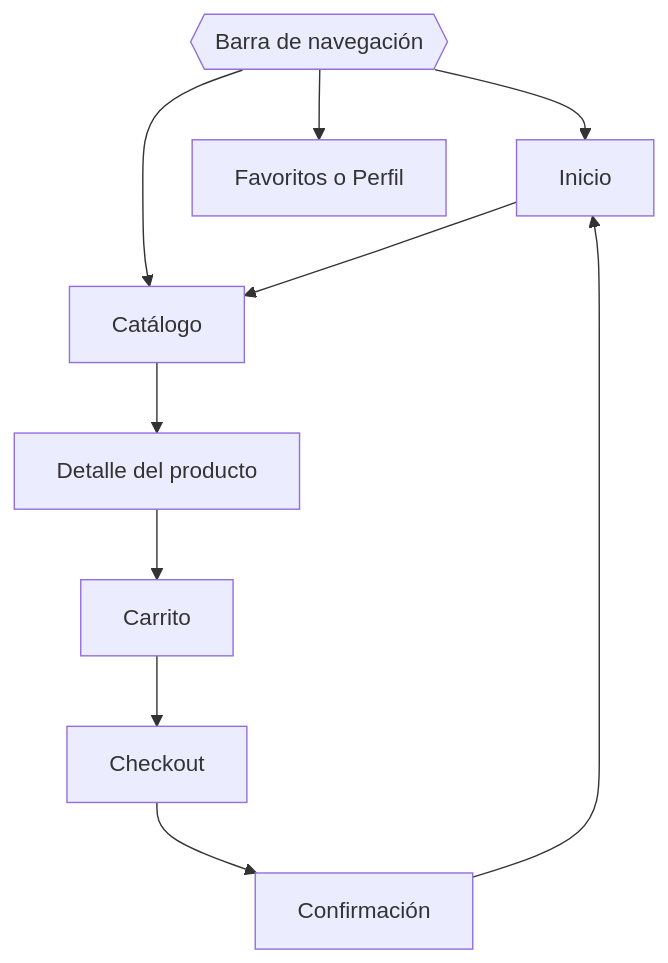
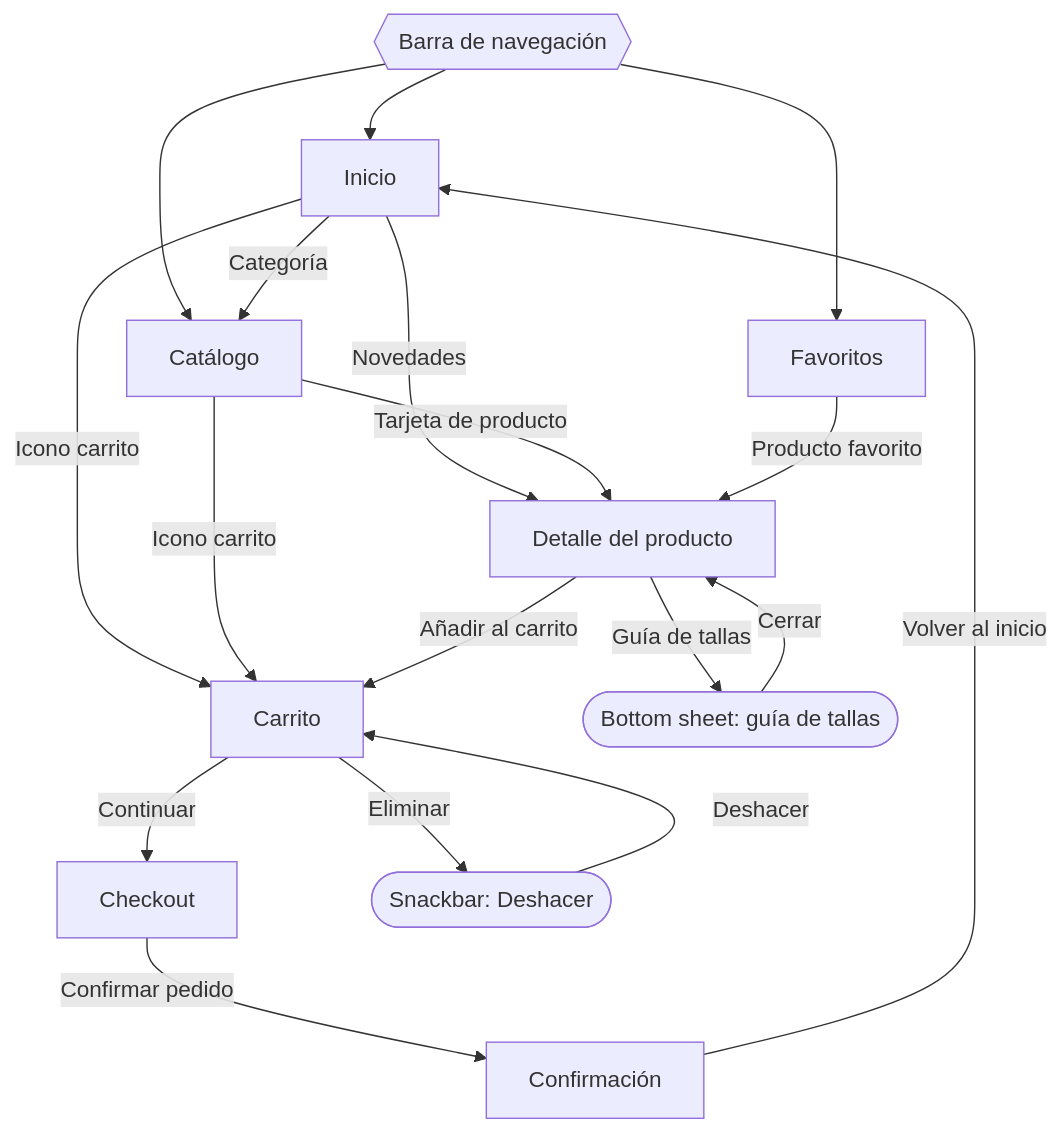
Before and after one commit to PedroEduardoDeLaPuenteRodriguez/diu-t1-ropainfantil: the diagram in DOCUMENTACION.MD, drawn with Mermaid.

Commit message:
feat: mapa de navegación y wireframes

````diff
--- a/DOCUMENTACION.MD
+++ b/DOCUMENTACION.MD
@@ -101,15 +101,35 @@
 ```mermaid
 flowchart TD
     NB{{"Barra de navegación"}}
 
-    NB --> A["Inicio"]
-    NB --> B["Catálogo"]
-    NB --> G["Favoritos o Perfil"]
+    A["Inicio"]
+    B["Catálogo"]
+    G["Favoritos"]
+    C["Detalle del producto"]
+    D["Carrito"]
+    E["Checkout"]
+    F["Confirmación"]
+    S(["Bottom sheet: guía de tallas"])
+    SN(["Snackbar: Deshacer"])
 
-    A --> B
-    B --> C["Detalle del producto"]
-    C --> D["Carrito"]
-    D --> E["Checkout"]
-    E --> F["Confirmación"]
-    F --> A
+    NB --> A
+    NB --> B
+    NB --> G
+
+    A -->|"Categoría"| B
+    A -->|"Novedades"| C
+    A -->|"Icono carrito"| D
+    B -->|"Tarjeta de producto"| C
+    B -->|"Icono carrito"| D
+    G -->|"Producto favorito"| C
+
+    C -->|"Guía de tallas"| S
+    S -->|"Cerrar"| C
+    C -->|"Añadir al carrito"| D
+
+    D -->|"Eliminar"| SN
+    SN -->|"Deshacer"| D
+    D -->|"Continuar"| E
+    E -->|"Confirmar pedido"| F
+    F -->|"Volver al inicio"| A
 ```
````
